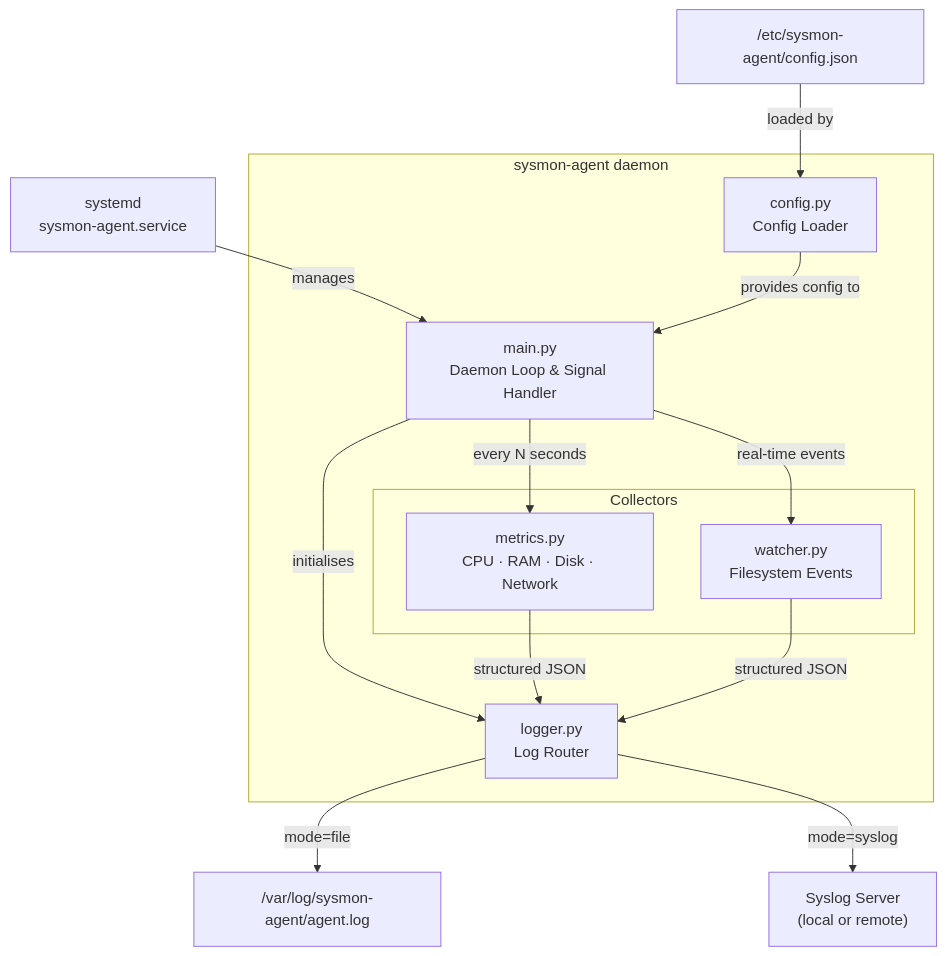
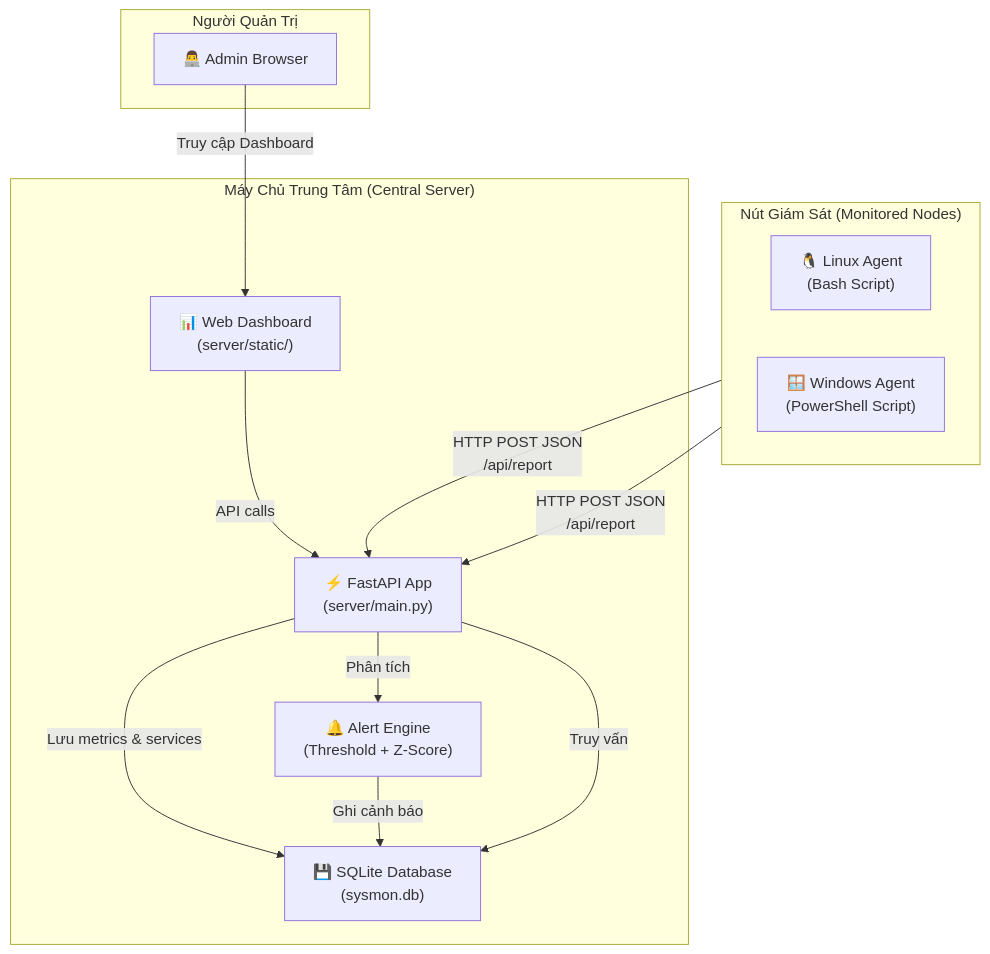
One commit to Vuvuive22/Lightweight-System-Monitoring-Agent changed the first of 5 diagrams in README.md. Above: the diagram before and after it, drawn with Mermaid. The commit also changed other lines of this file and 43 other files, not shown here.

Commit message:
feat: implement file integrity monitoring, structured logging/syslog, and rpm packaging support

````diff
--- a/README.md
+++ b/README.md
@@ -9,29 +9,28 @@
 ```mermaid
 flowchart TB
-    subgraph "sysmon-agent daemon"
-        MAIN["main.py<br/>Daemon Loop &amp; Signal Handler"]
-        CFG["config.py<br/>Config Loader"]
-        LOG["logger.py<br/>Log Router"]
-
-        subgraph "Collectors"
-            MET["metrics.py<br/>CPU · RAM · Disk · Network"]
-            WAT["watcher.py<br/>Filesystem Events"]
-        end
+    subgraph "Nút Giám Sát (Monitored Nodes)"
+        direction LR
+        L_AGENT["🐧 Linux Agent<br/>(Bash Script)"]
+        W_AGENT["🪟 Windows Agent<br/>(PowerShell Script)"]
     end
 
-    CONFIG_FILE["/etc/sysmon-agent/config.json"]
-    SYSTEMD["systemd<br/>sysmon-agent.service"]
-    LOG_FILE["/var/log/sysmon-agent/agent.log"]
-    SYSLOG["Syslog Server<br/>(local or remote)"]
+    subgraph "Máy Chủ Trung Tâm (Central Server)"
+        FASTAPI["⚡ FastAPI App<br/>(server/main.py)"]
+        SQLITE["💾 SQLite Database<br/>(sysmon.db)"]
+        ALERT["🔔 Alert Engine<br/>(Threshold + Z-Score)"]
+        DASH["📊 Web Dashboard<br/>(server/static/)"]
+    end
 
-    SYSTEMD -->|manages| MAIN
-    CONFIG_FILE -->|loaded by| CFG
-    CFG -->|provides config to| MAIN
-    MAIN -->|initialises| LOG
-    MAIN -->|"every N seconds"| MET
-    MAIN -->|"real-time events"| WAT
-    MET -->|structured JSON| LOG
-    WAT -->|structured JSON| LOG
-    LOG -->|mode=file| LOG_FILE
-    LOG -->|mode=syslog| SYSLOG
+    subgraph "Người Quản Trị"
+        ADMIN["👨‍💻 Admin Browser"]
+    end
+
+    L_AGENT -->|HTTP POST JSON<br/>/api/report| FASTAPI
+    W_AGENT -->|HTTP POST JSON<br/>/api/report| FASTAPI
+    FASTAPI -->|Lưu metrics & services| SQLITE
+    FASTAPI -->|Phân tích| ALERT
+    ALERT -->|Ghi cảnh báo| SQLITE
+    ADMIN -->|Truy cập Dashboard| DASH
+    DASH -->|API calls| FASTAPI
+    FASTAPI -->|Truy vấn| SQLITE
 ```
````
